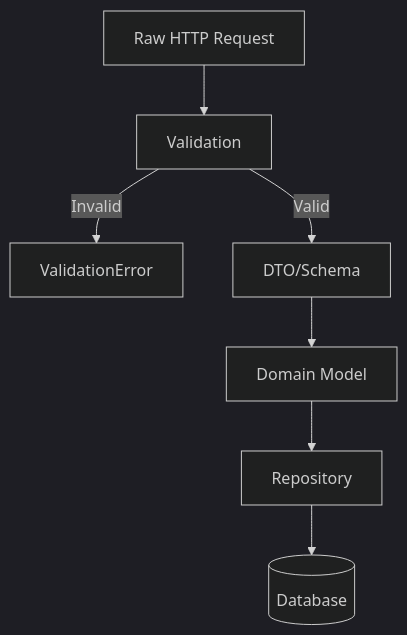
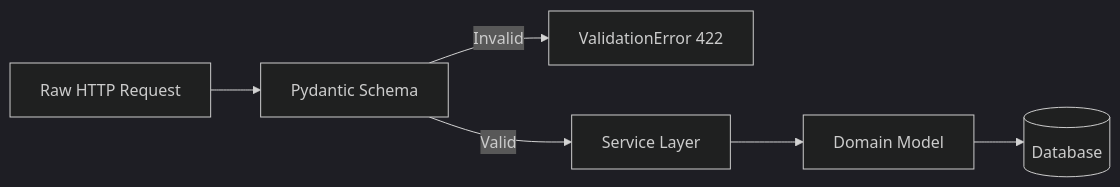
One commit to zhu1090093659/GEO changed the fifth of 11 diagrams in docs/architecture/DATA_FLOW.md. Above: the diagram before and after it, drawn with Mermaid (dark theme). The commit also changed other lines of this file and 10 other files, not shown here.

Commit message:
Refactor documentation to enhance clarity and structure, including updates to architecture, module interfaces, API references, and troubleshooting guides. Introduce GEO branding across all documents and improve the setup and deployment instructions for better developer experience.

````diff
--- a/docs/architecture/DATA_FLOW.md
+++ b/docs/architecture/DATA_FLOW.md
@@ -44,9 +198,8 @@
 ```mermaid
-flowchart TB
-    Raw[Raw HTTP Request] --> Validation
-    Validation -->|Invalid| Error[ValidationError]
-    Validation -->|Valid| DTO[DTO/Schema]
-    DTO --> Domain[Domain Model]
-    Domain --> Repository
-    Repository --> DB[(Database)]
+flowchart LR
+    Raw[Raw HTTP Request] --> Schema[Pydantic Schema]
+    Schema -->|Invalid| Error[ValidationError 422]
+    Schema -->|Valid| Service[Service Layer]
+    Service --> Model[Domain Model]
+    Model --> DB[(Database)]
 ```
````
